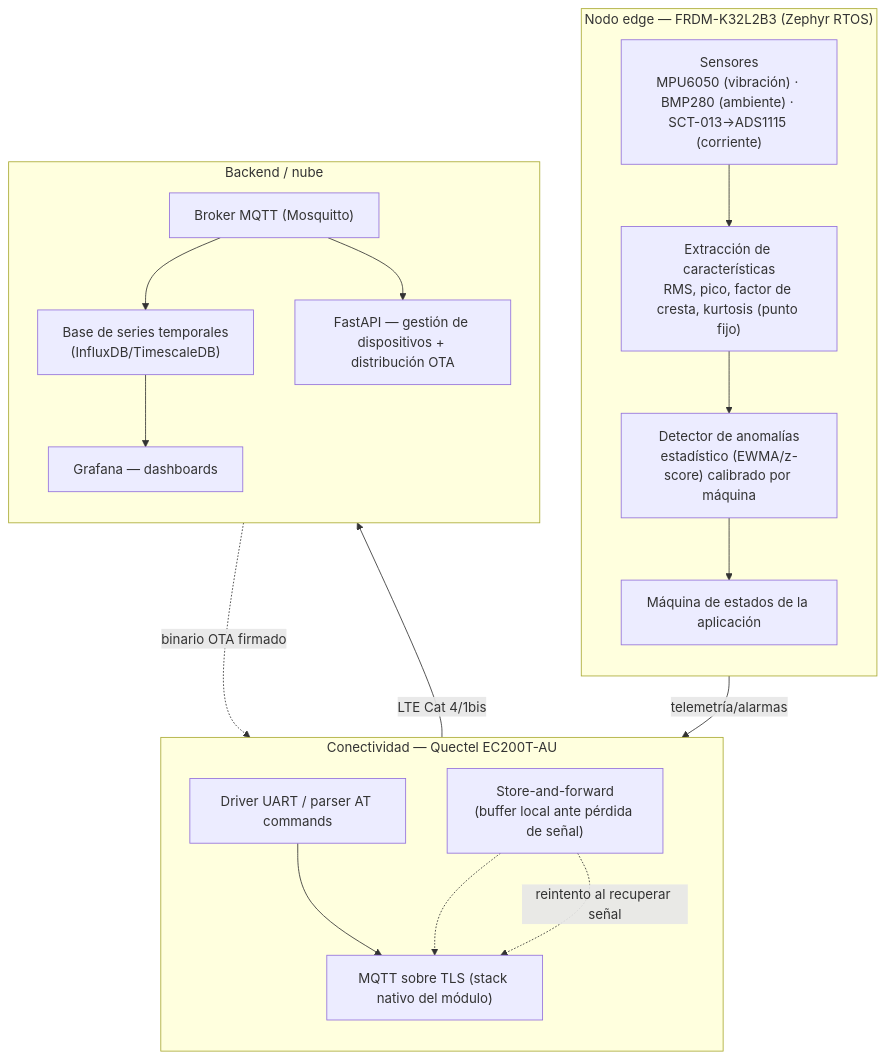
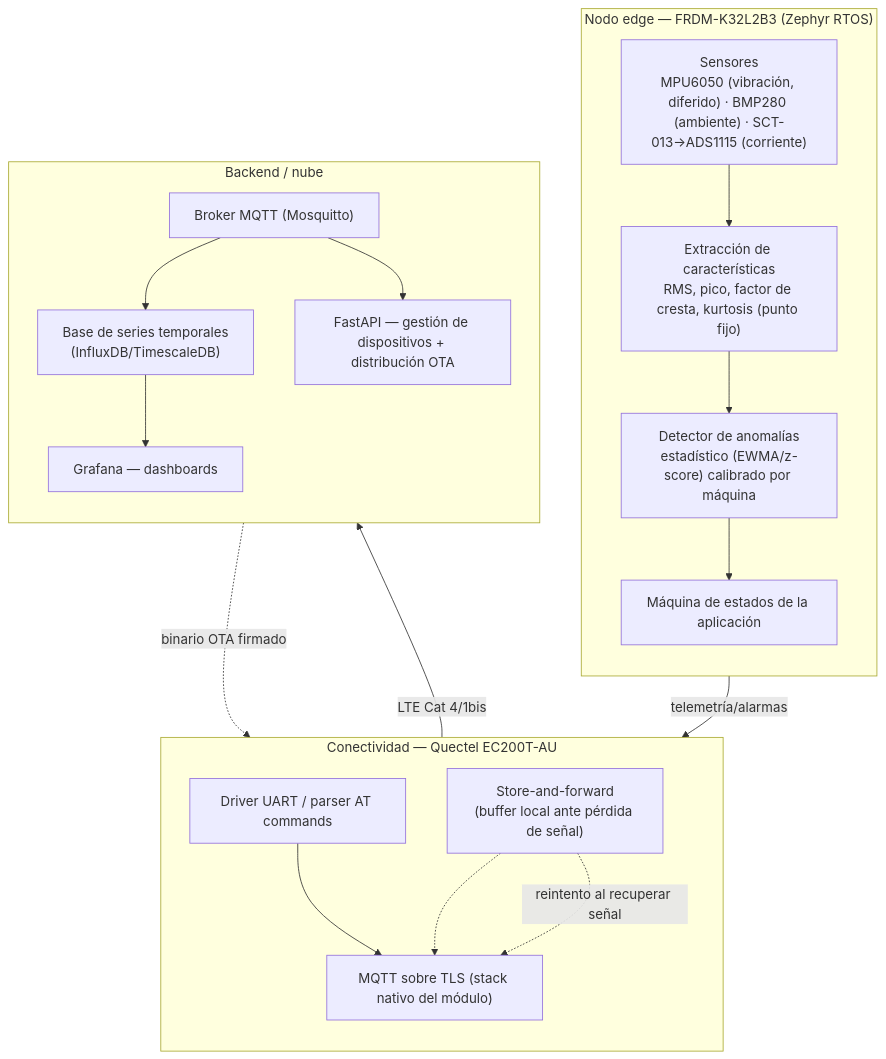
Before and after one commit to DrPool16/Centinela-Project: the diagram in docs/01-architecture.md, drawn with Mermaid. The commit also changed other lines of this file and 2 other files, not shown here.

First line of the commit message:
docs: diferir MPU6050 del alcance y ADR-002 sobre driver SPI custom

````diff
--- a/docs/01-architecture.md
+++ b/docs/01-architecture.md
@@ -5,35 +5,35 @@
 ```mermaid
 flowchart TB
     subgraph edge["Nodo edge — FRDM-K32L2B3 (Zephyr RTOS)"]
         direction TB
-        sensors["Sensores<br/>MPU6050 (vibración) · BMP280 (ambiente) · SCT-013→ADS1115 (corriente)"]
+        sensors["Sensores<br/>MPU6050 (vibración, diferido) · BMP280 (ambiente) · SCT-013→ADS1115 (corriente)"]
         features["Extracción de características<br/>RMS, pico, factor de cresta, kurtosis (punto fijo)"]
         anomaly["Detector de anomalías<br/>estadístico (EWMA/z-score) calibrado por máquina"]
         fsm["Máquina de estados de la aplicación"]
         sensors --> features --> anomaly --> fsm
     end
 
     subgraph conn["Conectividad — Quectel EC200T-AU"]
         direction TB
         atdriver["Driver UART / parser AT commands"]
         mqtt["MQTT sobre TLS (stack nativo del módulo)"]
         buffer["Store-and-forward<br/>(buffer local ante pérdida de señal)"]
         atdriver --> mqtt
         buffer -.-> mqtt
     end
 
     subgraph cloud["Backend / nube"]
         direction TB
         broker["Broker MQTT (Mosquitto)"]
         tsdb["Base de series temporales<br/>(InfluxDB/TimescaleDB)"]
         grafana["Grafana — dashboards"]
         api["FastAPI — gestión de dispositivos + distribución OTA"]
         broker --> tsdb --> grafana
         broker --> api
     end
 
     fsm -->|telemetría/alarmas| atdriver
     mqtt -->|LTE Cat 4/1bis| broker
     api -.->|binario OTA firmado| mqtt
     buffer -.->|reintento al recuperar señal| mqtt
 ```
````
